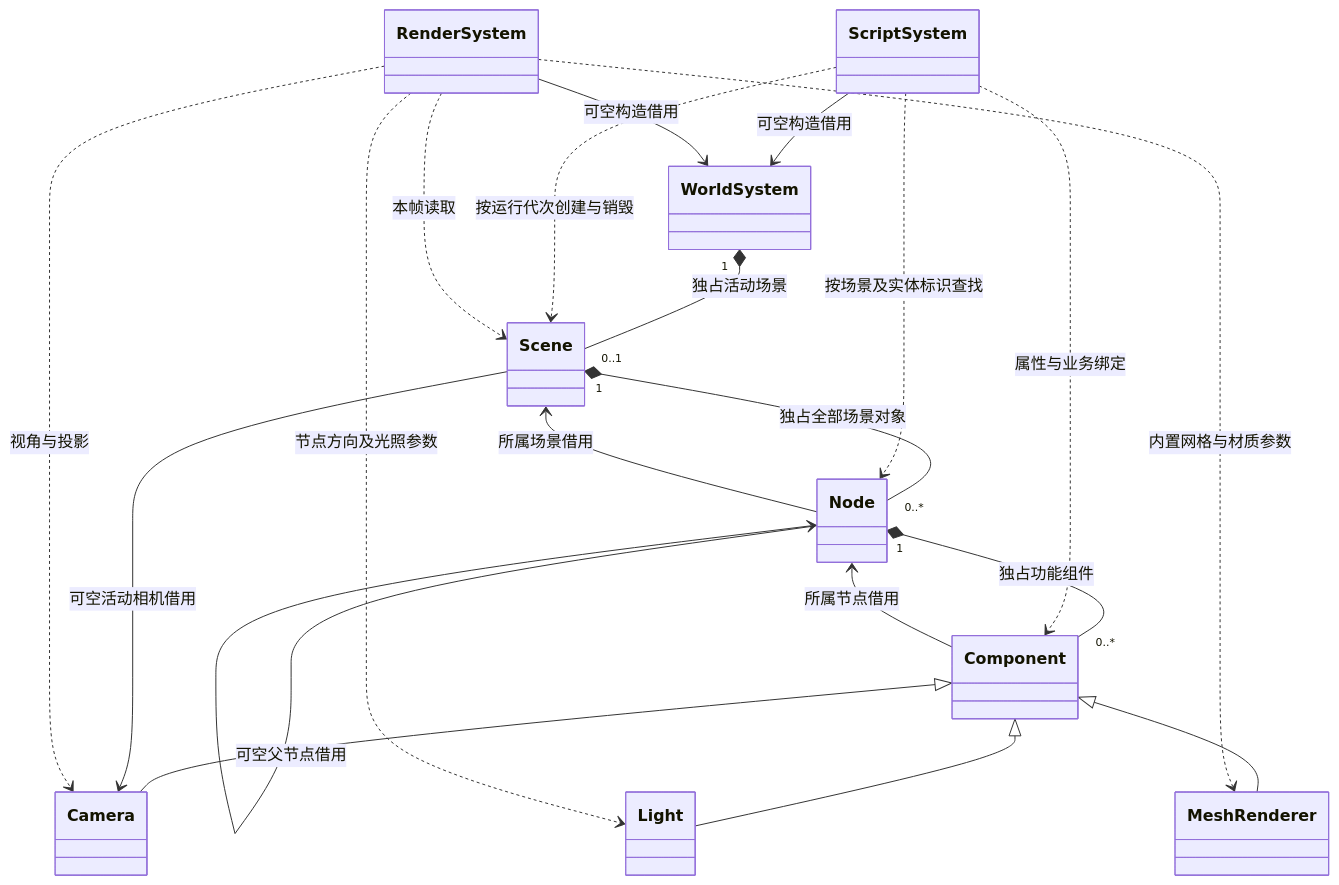
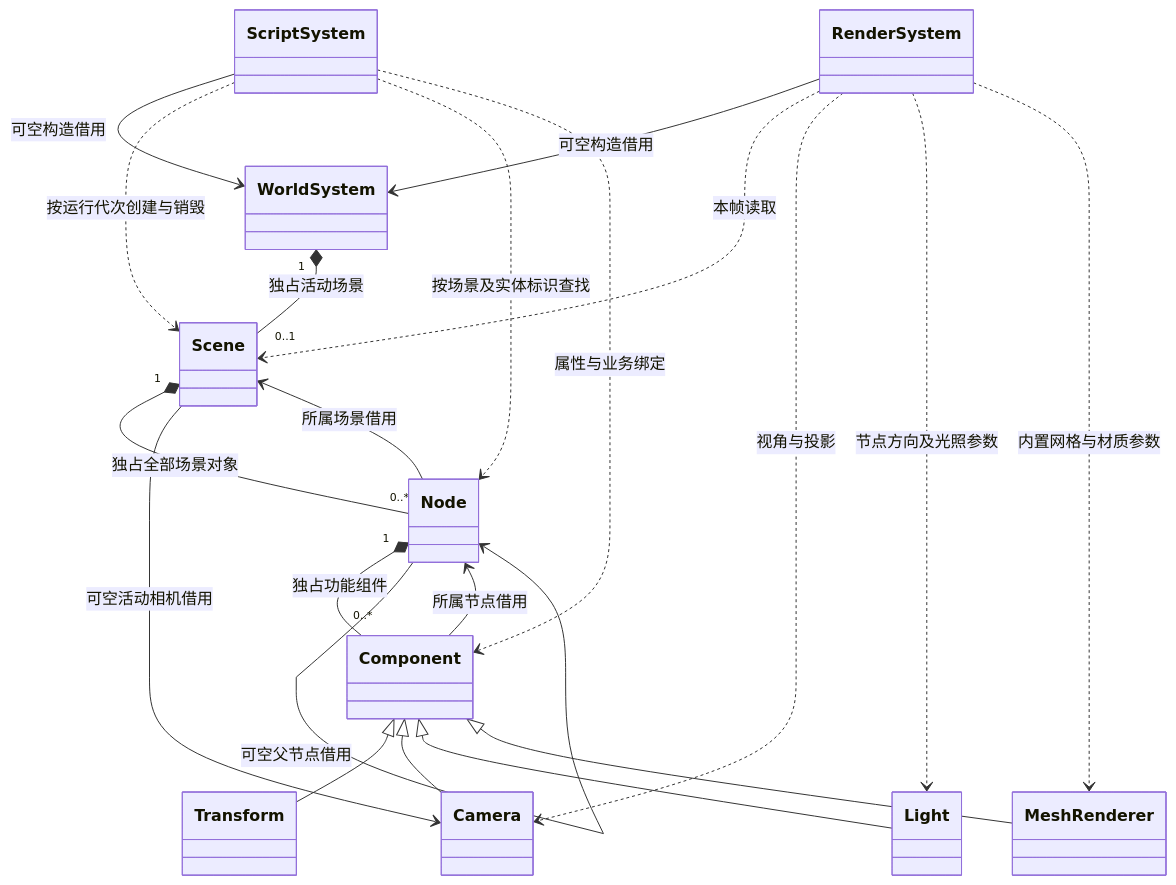
The fifth of 18 diagrams in docs/class-diagrams/references.md (lcals/Engine), drawn with Mermaid before and after one commit. The commit also changed other lines of this file and 93 other files, not shown here.

````diff
--- a/docs/class-diagrams/references.md
+++ b/docs/class-diagrams/references.md
@@ -108,31 +108,33 @@
 ```mermaid
 classDiagram
     class WorldSystem
     class Scene
     class Node
     class Component
+    class Transform
     class Camera
     class Light
     class MeshRenderer
     class ScriptSystem
     class RenderSystem
     WorldSystem "1" *-- "0..1" Scene : 独占活动场景
     Scene "1" *-- "0..*" Node : 独占全部场景对象
     Node "1" *-- "0..*" Component : 独占功能组件
     Node --> Scene : 所属场景借用
     Node --> Node : 可空父节点借用
     Component --> Node : 所属节点借用
+    Component <|-- Transform
     Component <|-- Camera
     Component <|-- Light
     Component <|-- MeshRenderer
     Scene --> Camera : 可空活动相机借用
     ScriptSystem --> WorldSystem : 可空构造借用
     ScriptSystem ..> Scene : 按运行代次创建与销毁
     ScriptSystem ..> Node : 按场景及实体标识查找
     ScriptSystem ..> Component : 属性与业务绑定
     RenderSystem --> WorldSystem : 可空构造借用
     RenderSystem ..> Scene : 本帧读取
     RenderSystem ..> Camera : 视角与投影
     RenderSystem ..> Light : 节点方向及光照参数
     RenderSystem ..> MeshRenderer : 内置网格与材质参数
 ```
````
